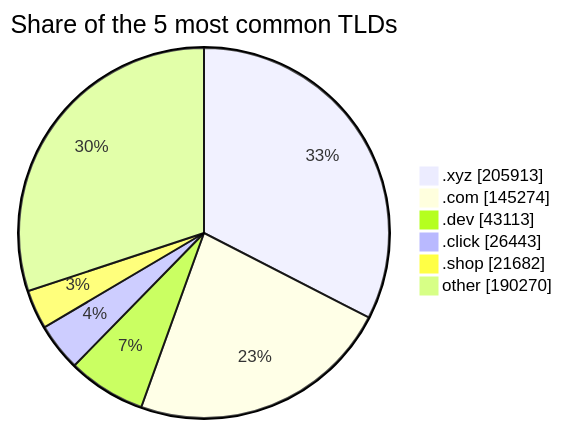
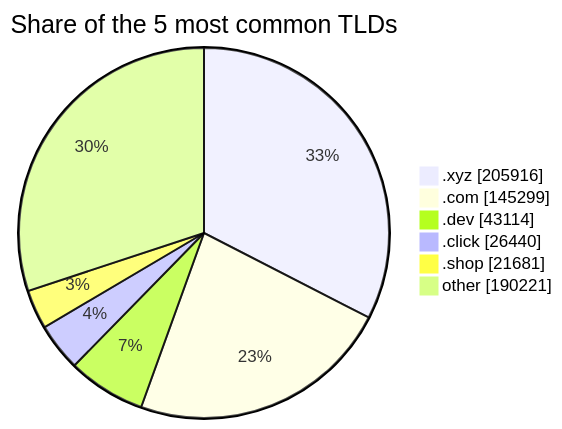
The third of 3 diagrams in README.md (DNSBunker/CTI), drawn with Mermaid before and after one commit. The commit also changed other lines of this file and 3 other files, not shown here.

````diff
--- a/README.md
+++ b/README.md
@@ -81,9 +81,9 @@
 ```mermaid
 pie showData title Share of the 5 most common TLDs
-    ".xyz" : 205913
-    ".com" : 145274
-    ".dev" : 43113
-    ".click" : 26443
-    ".shop" : 21682
-    "other" : 190270
+    ".xyz" : 205916
+    ".com" : 145299
+    ".dev" : 43114
+    ".click" : 26440
+    ".shop" : 21681
+    "other" : 190221
 ```
````
